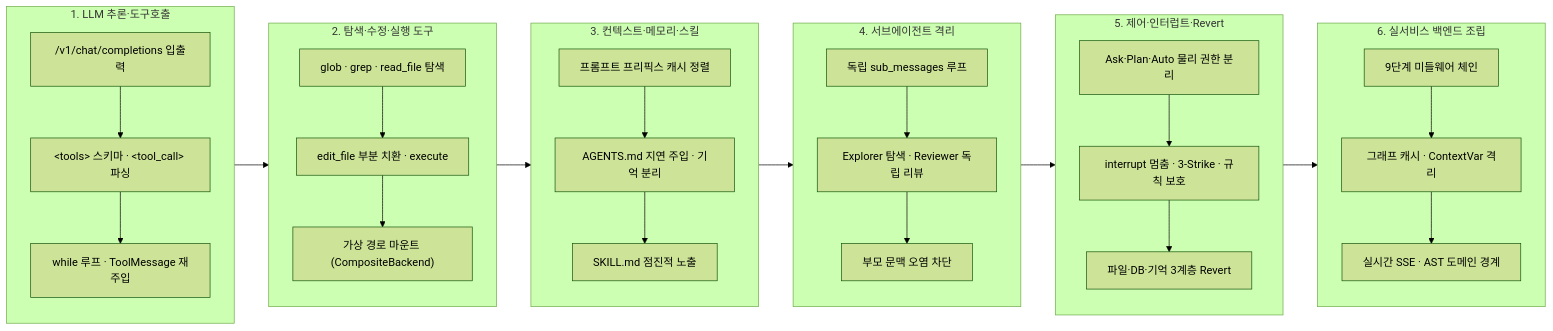
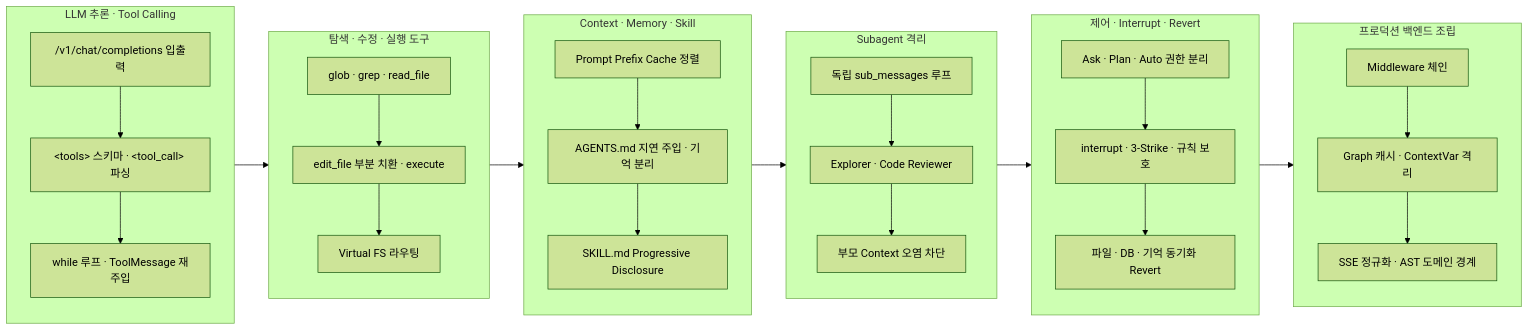
One commit to Abyssey/anvil changed the second of 12 diagrams in docs/coding-agent-study.md. Above: the diagram before and after it, drawn with Mermaid (forest theme). The commit also changed other lines of this file and 3 other files, not shown here.

````diff
--- a/docs/coding-agent-study.md
+++ b/docs/coding-agent-study.md
@@ -58,28 +52,28 @@
 ```mermaid
 flowchart LR
-  subgraph S1["1. LLM 추론·도구호출"]
+  subgraph S1["LLM 추론 · Tool Calling"]
     direction TB
     S1A["/v1/chat/completions 입출력"] --> S1B["&lt;tools&gt; 스키마 · &lt;tool_call&gt; 파싱"] --> S1C["while 루프 · ToolMessage 재주입"]
   end
-  subgraph S2["2. 탐색·수정·실행 도구"]
+  subgraph S2["탐색 · 수정 · 실행 도구"]
     direction TB
-    S2A["glob · grep · read_file 탐색"] --> S2B["edit_file 부분 치환 · execute"] --> S2C["가상 경로 마운트 (CompositeBackend)"]
+    S2A["glob · grep · read_file"] --> S2B["edit_file 부분 치환 · execute"] --> S2C["Virtual FS 라우팅"]
   end
-  subgraph S3["3. 컨텍스트·메모리·스킬"]
+  subgraph S3["Context · Memory · Skill"]
     direction TB
-    S3A["프롬프트 프리픽스 캐시 정렬"] --> S3B["AGENTS.md 지연 주입 · 기억 분리"] --> S3C["SKILL.md 점진적 노출"]
+    S3A["Prompt Prefix Cache 정렬"] --> S3B["AGENTS.md 지연 주입 · 기억 분리"] --> S3C["SKILL.md Progressive Disclosure"]
   end
-  subgraph S4["4. 서브에이전트 격리"]
+  subgraph S4["Subagent 격리"]
     direction TB
-    S4A["독립 sub_messages 루프"] --> S4B["Explorer 탐색 · Reviewer 독립 리뷰"] --> S4C["부모 문맥 오염 차단"]
+    S4A["독립 sub_messages 루프"] --> S4B["Explorer · Code Reviewer"] --> S4C["부모 Context 오염 차단"]
   end
-  subgraph S5["5. 제어·인터럽트·Revert"]
+  subgraph S5["제어 · Interrupt · Revert"]
     direction TB
-    S5A["Ask·Plan·Auto 물리 권한 분리"] --> S5B["interrupt 멈춤 · 3-Strike · 규칙 보호"] --> S5C["파일·DB·기억 3계층 Revert"]
+    S5A["Ask · Plan · Auto 권한 분리"] --> S5B["interrupt · 3-Strike · 규칙 보호"] --> S5C["파일 · DB · 기억 동기화 Revert"]
   end
-  subgraph S6["6. 실서비스 백엔드 조립"]
+  subgraph S6["프로덕션 백엔드 조립"]
     direction TB
-    S6A["9단계 미들웨어 체인"] --> S6B["그래프 캐시 · ContextVar 격리"] --> S6C["실시간 SSE · AST 도메인 경계"]
+    S6A["Middleware 체인"] --> S6B["Graph 캐시 · ContextVar 격리"] --> S6C["SSE 정규화 · AST 도메인 경계"]
   end
   S1 --> S2 --> S3 --> S4 --> S5 --> S6
 ```
````
